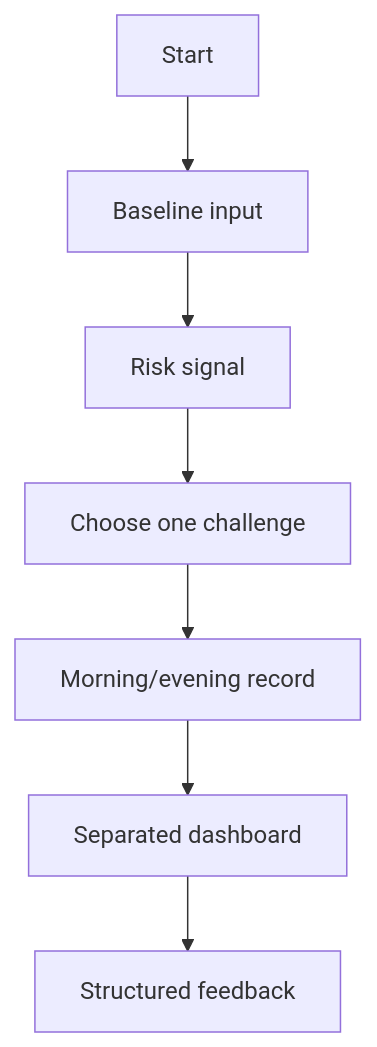
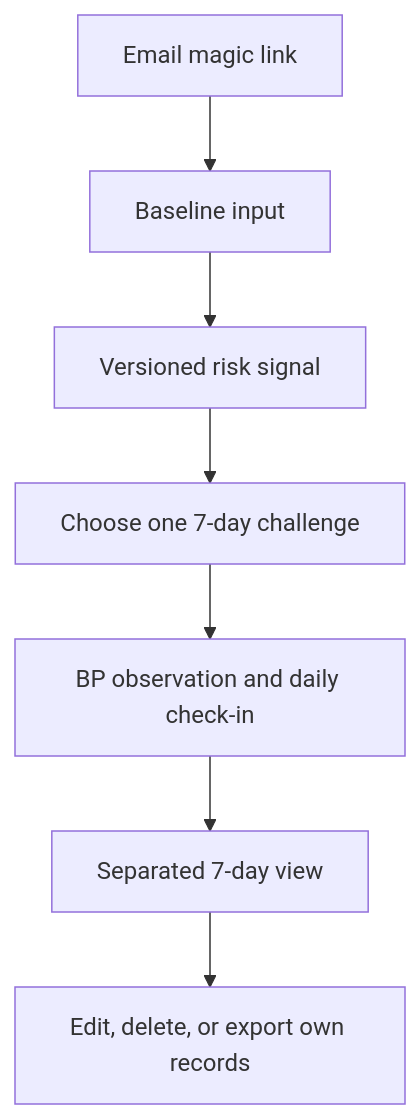
Before and after one commit to AI-HealthCare-05/AH_05_07: the second of 2 diagrams in docs/ux-flow.md, drawn with Mermaid. The commit also changed other lines of this file and 3 other files, not shown here.

````diff
--- a/docs/ux-flow.md
+++ b/docs/ux-flow.md
@@ -3,9 +18,9 @@
 ```mermaid
 flowchart TD
-    A["Start"] --> B["Baseline input"]
-    B --> C["Risk signal"]
-    C --> D["Choose one challenge"]
-    D --> E["Morning/evening record"]
-    E --> F["Separated dashboard"]
-    F --> G["Structured feedback"]
+    A["Email magic link"] --> B["Baseline input"]
+    B --> C["Versioned risk signal"]
+    C --> D["Choose one 7-day challenge"]
+    D --> E["BP observation and daily check-in"]
+    E --> F["Separated 7-day view"]
+    F --> G["Edit, delete, or export own records"]
 ```
````
